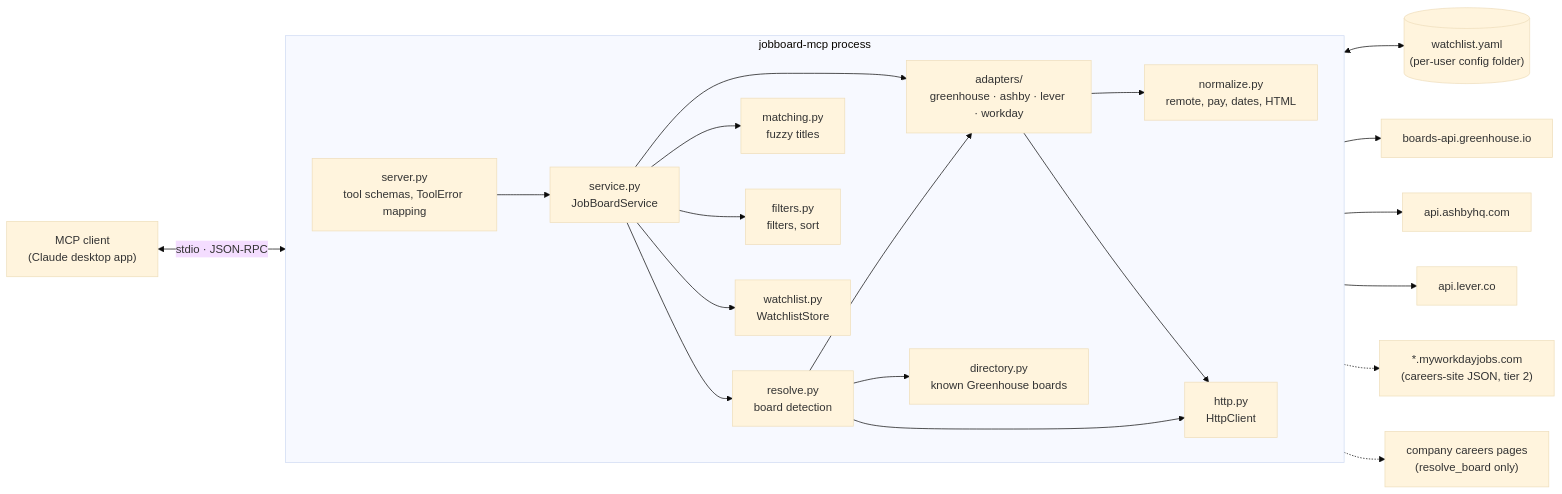
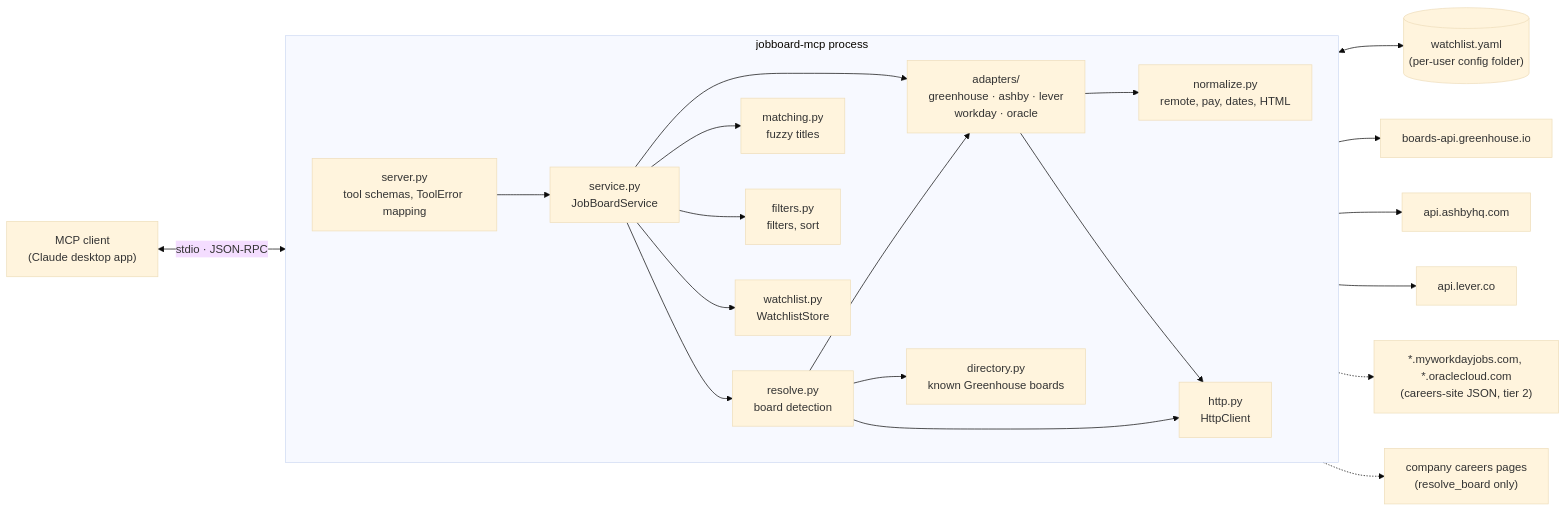
Before and after one commit to HakujouRyu/jobboard-mcp: the first of 7 diagrams in docs/architecture.md, drawn with Mermaid (base theme). The commit also changed other lines of this file and 24 other files, not shown here.

````diff
--- a/docs/architecture.md
+++ b/docs/architecture.md
@@ -18,44 +18,44 @@
 ```mermaid
 flowchart LR
     client["MCP client<br/>(Claude desktop app)"]
 
     subgraph proc["jobboard-mcp process"]
         direction LR
         server["server.py<br/>tool schemas, ToolError mapping"]
         service["service.py<br/>JobBoardService"]
-        adapters["adapters/<br/>greenhouse · ashby · lever · workday"]
+        adapters["adapters/<br/>greenhouse · ashby · lever<br/>workday · oracle"]
         resolve["resolve.py<br/>board detection"]
         directory["directory.py<br/>known Greenhouse boards"]
         matching["matching.py<br/>fuzzy titles"]
         filters["filters.py<br/>filters, sort"]
         normalize["normalize.py<br/>remote, pay, dates, HTML"]
         store["watchlist.py<br/>WatchlistStore"]
         http["http.py<br/>HttpClient"]
     end
 
     yaml[("watchlist.yaml<br/>(per-user config folder)")]
     gh["boards-api.greenhouse.io"]
     ash["api.ashbyhq.com"]
     lev["api.lever.co"]
-    wd["*.myworkdayjobs.com<br/>(careers-site JSON, tier 2)"]
+    wd["*.myworkdayjobs.com, *.oraclecloud.com<br/>(careers-site JSON, tier 2)"]
     careers["company careers pages<br/>(resolve_board only)"]
 
     client <-->|"stdio · JSON-RPC"| server
     server --> service
     service --> adapters
     service --> resolve
     service --> matching
     service --> filters
     service --> store
     adapters --> normalize
     resolve --> adapters
     resolve --> directory
     adapters --> http
     resolve --> http
     store <--> yaml
     http --> gh
     http --> ash
     http --> lev
     http -.-> wd
     http -.-> careers
 ```
````
